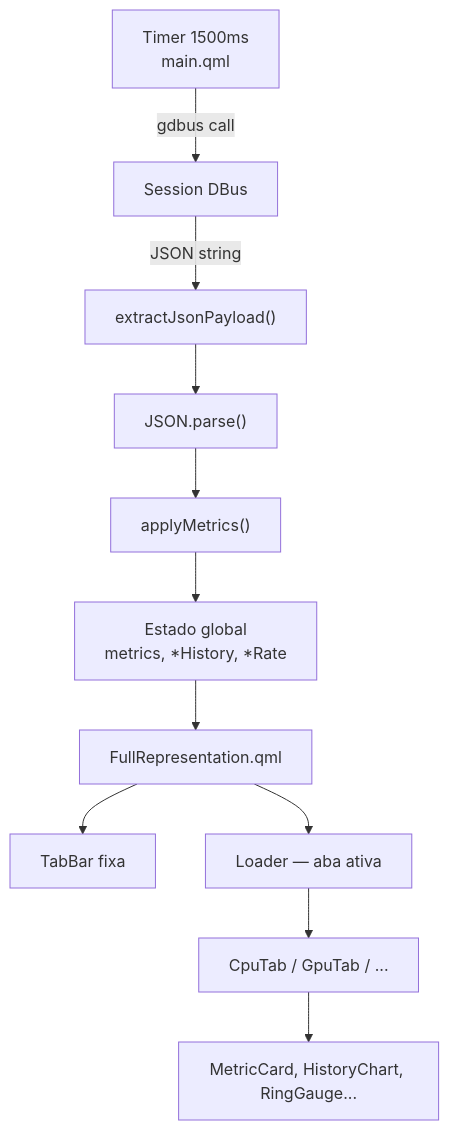
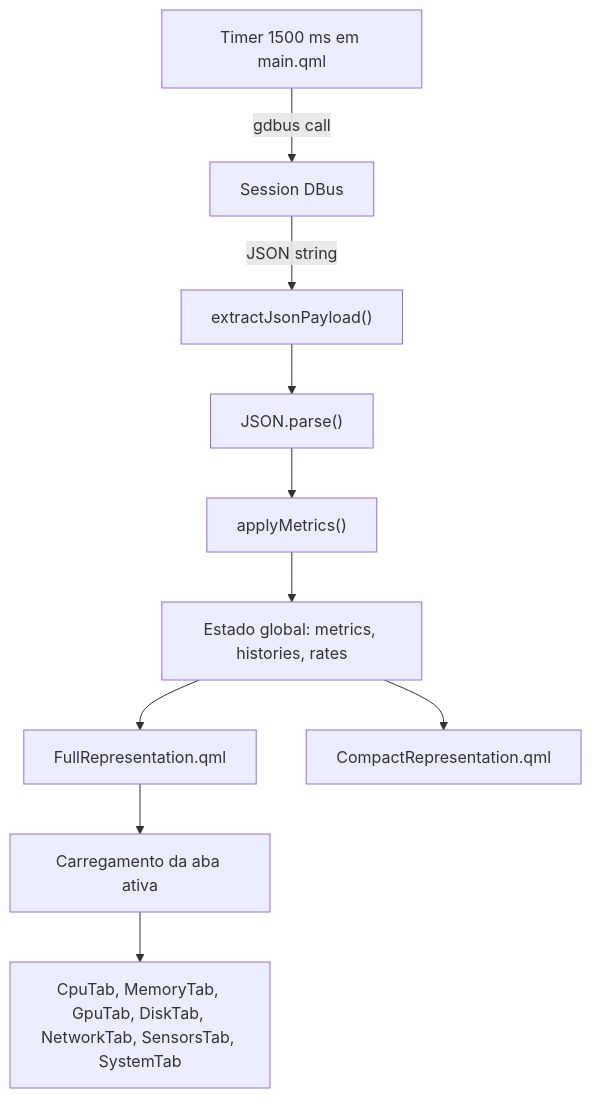
One commit to marcos2872/rust-monitor-tray changed the diagram in docs/frontend.md. Above: the diagram before and after it, drawn with Mermaid. The commit also changed other lines of this file and 8 other files, not shown here.

````diff
--- a/docs/frontend.md
+++ b/docs/frontend.md
@@ -24,13 +23,12 @@
 ```mermaid
 flowchart TD
-    Timer["Timer 1500ms\nmain.qml"] -->|gdbus call| DBus["Session DBus"]
+    Timer["Timer 1500 ms em main.qml"] -->|gdbus call| DBus["Session DBus"]
     DBus -->|JSON string| Extract["extractJsonPayload()"]
     Extract --> Parse["JSON.parse()"]
     Parse --> Apply["applyMetrics()"]
-    Apply --> State["Estado global\nmetrics, *History, *Rate"]
-    State --> FR["FullRepresentation.qml"]
-    FR --> TabBar["TabBar fixa"]
-    FR --> Loader["Loader — aba ativa"]
-    Loader --> Tab["CpuTab / GpuTab / ..."]
-    Tab --> Components["MetricCard, HistoryChart, RingGauge..."]
+    Apply --> State["Estado global: metrics, histories, rates"]
+    State --> Full["FullRepresentation.qml"]
+    State --> Compact["CompactRepresentation.qml"]
+    Full --> Loader["Carregamento da aba ativa"]
+    Loader --> Tabs["CpuTab, MemoryTab, GpuTab, DiskTab, NetworkTab, SensorsTab, SystemTab"]
 ```
````
